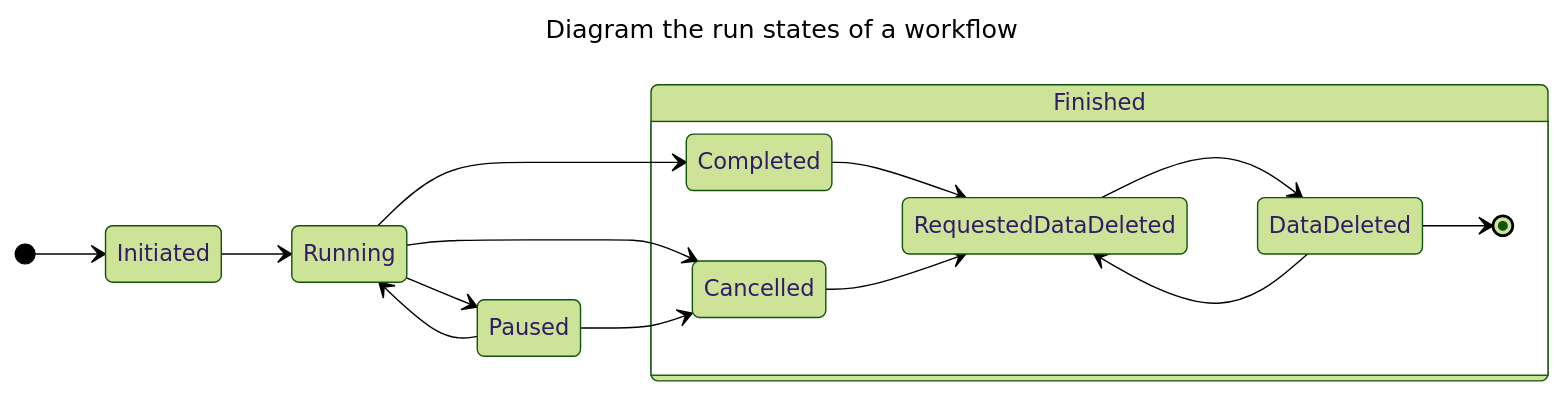
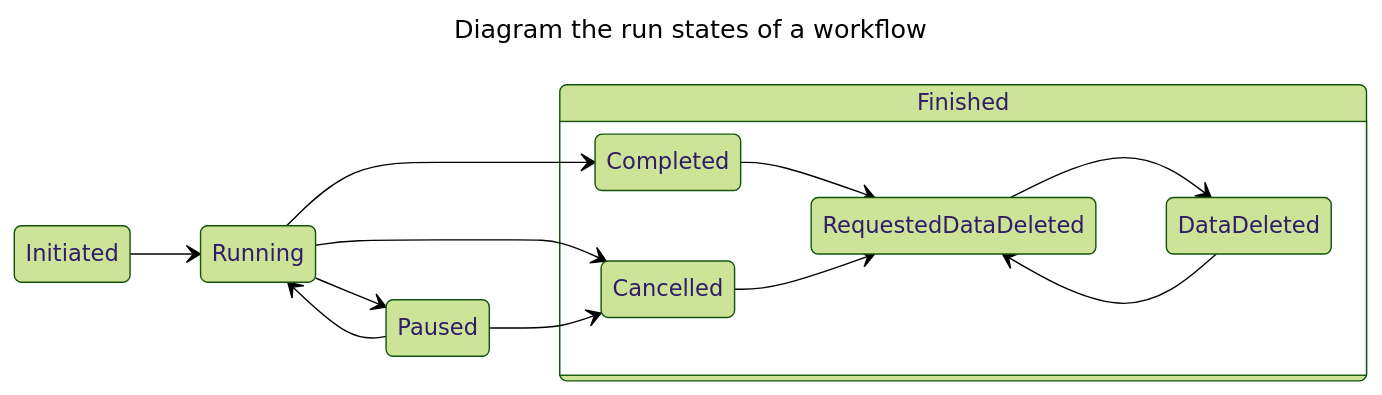
One commit to luno/workflow changed the second of 2 diagrams in README.md. Above: the diagram before and after it, drawn with Mermaid (forest theme). The commit also changed other lines of this file and 4 other files, not shown here.

````diff
--- a/README.md
+++ b/README.md
@@ -177,28 +177,25 @@
 ```mermaid
 ---
 title: Diagram the run states of a workflow
 ---
 stateDiagram-v2
 	direction LR
     
-	[*]-->Initiated
-
     Initiated-->Running
     
     Running-->Completed
     Running-->Paused
 
     Paused-->Running
     
     Running --> Cancelled
     Paused --> Cancelled
     
     state Finished {
         Completed --> RequestedDataDeleted
         Cancelled --> RequestedDataDeleted
             
         DataDeleted-->RequestedDataDeleted
         RequestedDataDeleted-->DataDeleted
-        DataDeleted-->[*]
     }
 ```
````
